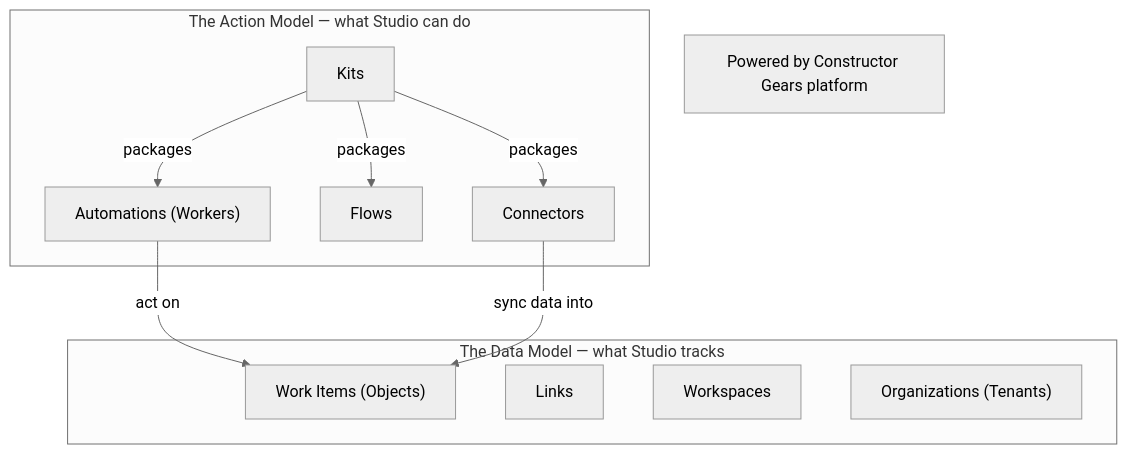
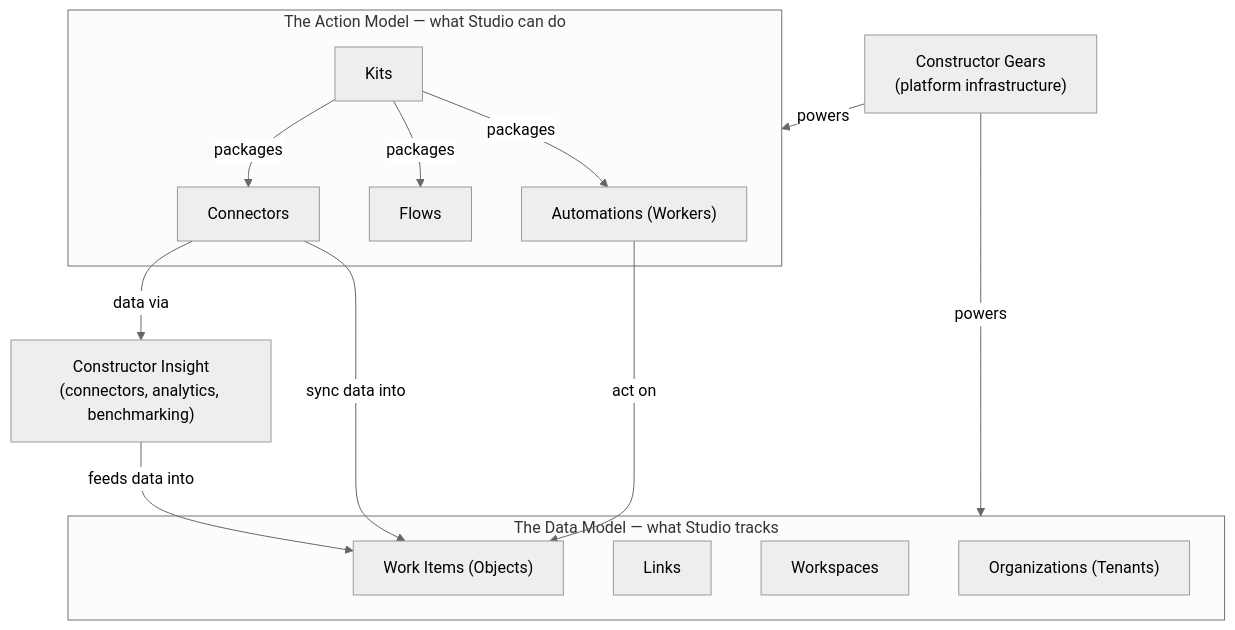
The diagram in STUDIO_ARCH_DOMAIN_MODEL_OVERVIEW.md (constructorfabric/vision), drawn with Mermaid (neutral theme) before and after one commit. The commit also changed other lines of this file, not shown here.

First line of the commit message:
docs: fix consistency issues in domain model overview vs vision

````diff
--- a/STUDIO_ARCH_DOMAIN_MODEL_OVERVIEW.md
+++ b/STUDIO_ARCH_DOMAIN_MODEL_OVERVIEW.md
@@ -36,24 +36,30 @@
 ```mermaid
 flowchart TB
     subgraph ActionModel["The Action Model — what Studio can do"]
         AUT["Automations (Workers)"]
         FL["Flows"]
         KIT["Kits"]
         CON["Connectors"]
     end
 
     subgraph DataModel["The Data Model — what Studio tracks"]
         WI["Work Items (Objects)"]
         LK["Links"]
         WS["Workspaces"]
         ORG["Organizations (Tenants)"]
     end
 
     AUT -->|"act on"| WI
     CON -->|"sync data into"| WI
     KIT -->|"packages"| AUT
     KIT -->|"packages"| FL
     KIT -->|"packages"| CON
 
-    note["Powered by Constructor Gears platform"]
+    INSIGHT["Constructor Insight\n(connectors, analytics, benchmarking)"]
+    GEARS["Constructor Gears\n(platform infrastructure)"]
+
+    CON -->|"data via"| INSIGHT
+    INSIGHT -->|"feeds data into"| WI
+    GEARS -->|"powers"| ActionModel
+    GEARS -->|"powers"| DataModel
 ```
````
